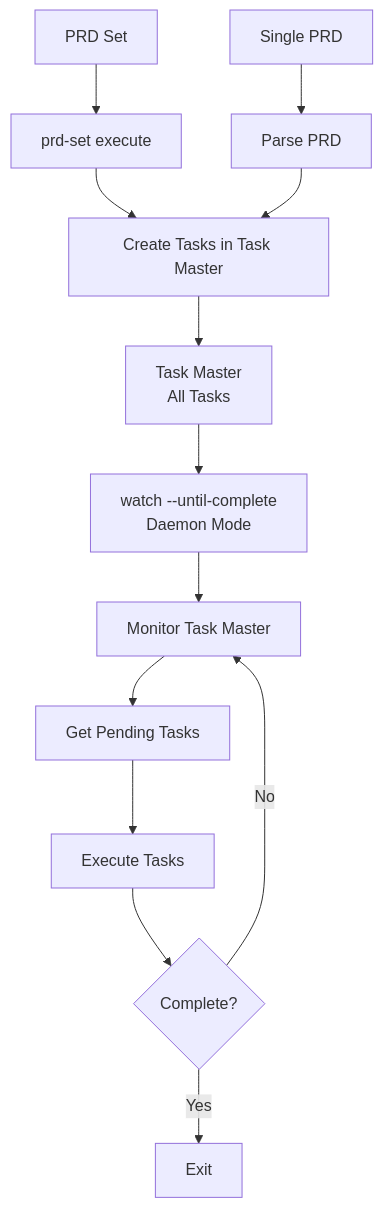
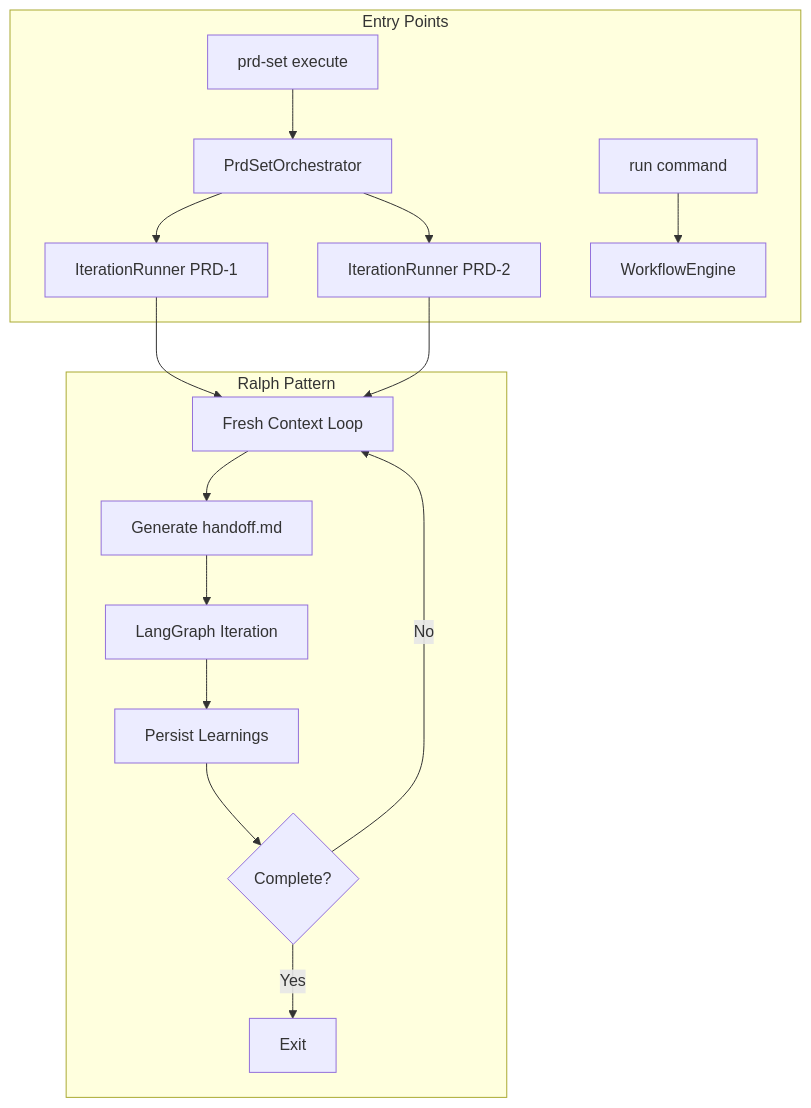
One commit to jienckebd/dev-loop changed the first of 2 diagrams in docs/contributing/EXECUTION_MODES.md. Above: the diagram before and after it, drawn with Mermaid. The commit also changed other lines of this file and 114 other files, not shown here.

First line of the commit message:
refactor: integrate LangGraph, Ralph pattern, and remove legacy watch command

````diff
--- a/docs/contributing/EXECUTION_MODES.md
+++ b/docs/contributing/EXECUTION_MODES.md
@@ -29,15 +25,20 @@
 ```mermaid
-flowchart TD
-    PRDSet[PRD Set] --> Execute[prd-set execute]
-    SinglePRD[Single PRD] --> Parse[Parse PRD]
-    Execute --> CreateTasks[Create Tasks in Task Master]
-    Parse --> CreateTasks
-    CreateTasks --> TaskMaster[Task Master<br/>All Tasks]
-    TaskMaster --> Watch[watch --until-complete<br/>Daemon Mode]
-    Watch --> Monitor[Monitor Task Master]
-    Monitor --> GetTasks[Get Pending Tasks]
-    GetTasks --> ExecuteTask[Execute Tasks]
-    ExecuteTask --> Complete{Complete?}
-    Complete -->|No| Monitor
-    Complete -->|Yes| Exit[Exit]
+flowchart TB
+    subgraph entry [Entry Points]
+        PRDSet[prd-set execute] --> PSO[PrdSetOrchestrator]
+        PSO --> IR1[IterationRunner PRD-1]
+        PSO --> IR2[IterationRunner PRD-2]
+        Run[run command] --> WE[WorkflowEngine]
+    end
+
+    subgraph iteration [Ralph Pattern]
+        IR1 --> Loop[Fresh Context Loop]
+        IR2 --> Loop
+        Loop --> Handoff[Generate handoff.md]
+        Handoff --> LG[LangGraph Iteration]
+        LG --> Learn[Persist Learnings]
+        Learn --> Check{Complete?}
+        Check -->|No| Loop
+        Check -->|Yes| Done[Exit]
+    end
 ```
````
